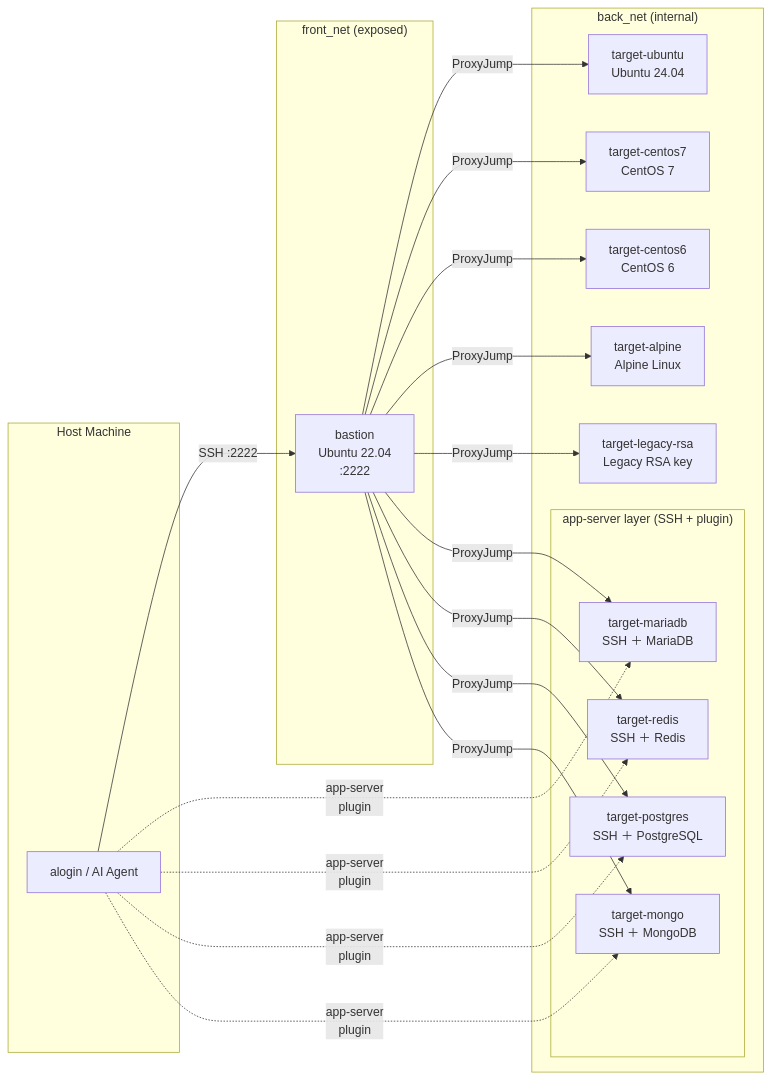
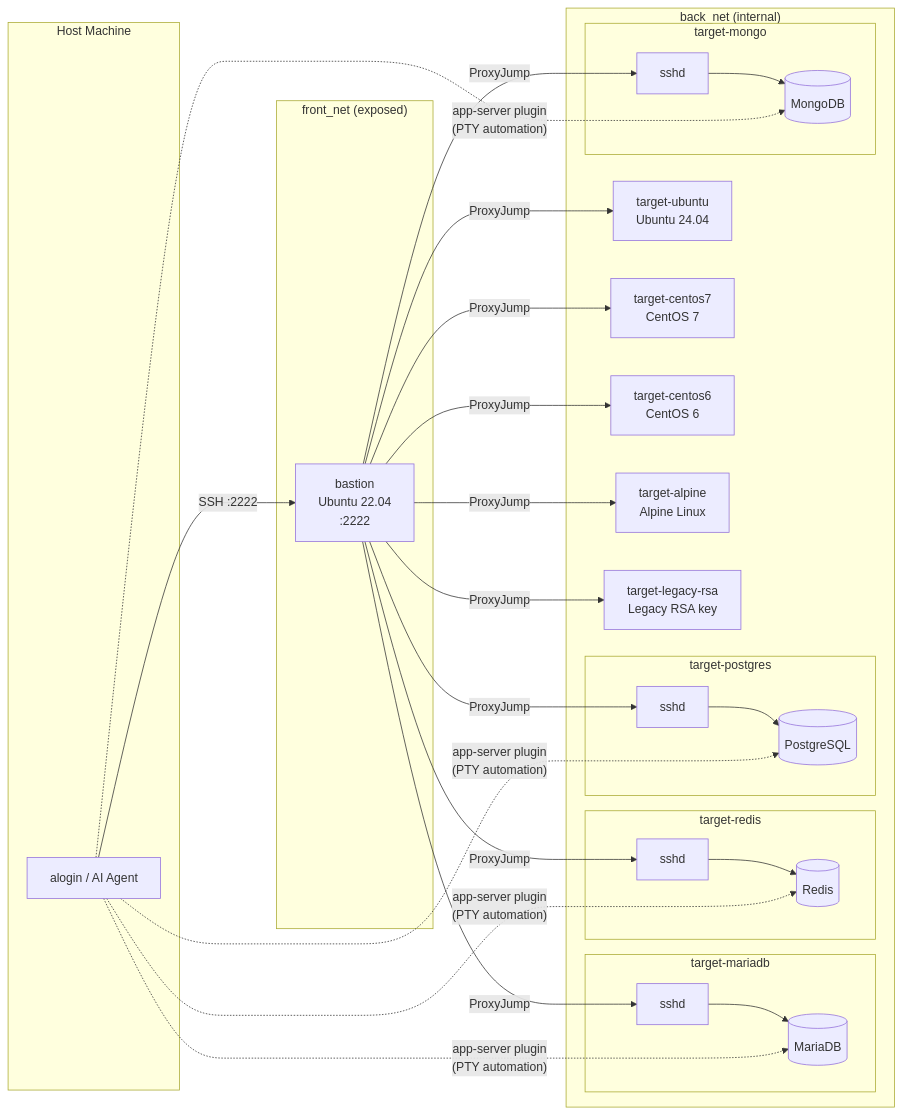
Before and after one commit to emusal/alogin2: the diagram in README.md, drawn with Mermaid. The commit also changed 3 other files, not shown here.

````diff
--- a/README.md
+++ b/README.md
@@ -168,41 +168,47 @@
 ```mermaid
 graph LR
     subgraph host["Host Machine"]
         alogin["alogin / AI Agent"]
     end
 
     subgraph front_net["front_net (exposed)"]
         bastion["bastion\nUbuntu 22.04\n:2222"]
     end
 
     subgraph back_net["back_net (internal)"]
         ubuntu["target-ubuntu\nUbuntu 24.04"]
         centos7["target-centos7\nCentOS 7"]
         centos6["target-centos6\nCentOS 6"]
         alpine["target-alpine\nAlpine Linux"]
         legacy["target-legacy-rsa\nLegacy RSA key"]
 
-        subgraph app_layer["app-server layer  (SSH + plugin)"]
-            mariadb["target-mariadb\nSSH ＋ MariaDB"]
-            redis["target-redis\nSSH ＋ Redis"]
-            postgres["target-postgres\nSSH ＋ PostgreSQL"]
-            mongo["target-mongo\nSSH ＋ MongoDB"]
+        subgraph srv_mariadb["target-mariadb"]
+            ssh_mariadb["sshd"] --> app_mariadb[("MariaDB")]
+        end
+        subgraph srv_redis["target-redis"]
+            ssh_redis["sshd"] --> app_redis[("Redis")]
+        end
+        subgraph srv_postgres["target-postgres"]
+            ssh_postgres["sshd"] --> app_postgres[("PostgreSQL")]
+        end
+        subgraph srv_mongo["target-mongo"]
+            ssh_mongo["sshd"] --> app_mongo[("MongoDB")]
         end
     end
 
     alogin -- "SSH :2222" --> bastion
     bastion -- "ProxyJump" --> ubuntu
     bastion -- "ProxyJump" --> centos7
     bastion -- "ProxyJump" --> centos6
     bastion -- "ProxyJump" --> alpine
     bastion -- "ProxyJump" --> legacy
-    bastion -- "ProxyJump" --> mariadb
-    bastion -- "ProxyJump" --> redis
-    bastion -- "ProxyJump" --> postgres
-    bastion -- "ProxyJump" --> mongo
+    bastion -- "ProxyJump" --> ssh_mariadb
+    bastion -- "ProxyJump" --> ssh_redis
+    bastion -- "ProxyJump" --> ssh_postgres
+    bastion -- "ProxyJump" --> ssh_mongo
 
-    alogin -. "app-server\nplugin" .-> mariadb
-    alogin -. "app-server\nplugin" .-> redis
-    alogin -. "app-server\nplugin" .-> postgres
-    alogin -. "app-server\nplugin" .-> mongo
+    alogin -. "app-server plugin\n(PTY automation)" .-> app_mariadb
+    alogin -. "app-server plugin\n(PTY automation)" .-> app_redis
+    alogin -. "app-server plugin\n(PTY automation)" .-> app_postgres
+    alogin -. "app-server plugin\n(PTY automation)" .-> app_mongo
 ```
````
